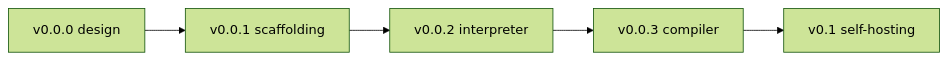
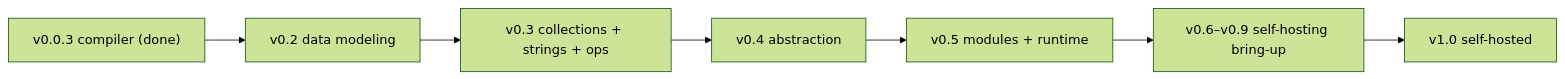
Before and after one commit to h3ll5ur7er/myla: the diagram in docs/roadmap.md, drawn with Mermaid (forest theme). The commit also changed other lines of this file and 6 other files, not shown here.

Commit message:
planning self-hosting

````diff
--- a/docs/roadmap.md
+++ b/docs/roadmap.md
@@ -77,7 +85,9 @@
 ```mermaid
 flowchart LR
-    d000["v0.0.0 design"] --> d001["v0.0.1 scaffolding"]
-    d001 --> d002["v0.0.2 interpreter"]
-    d002 --> d003["v0.0.3 compiler"]
-    d003 --> v01["v0.1 self-hosting"]
+    d003["v0.0.3 compiler (done)"] --> v02["v0.2 data modeling"]
+    v02 --> v03["v0.3 collections + strings + ops"]
+    v03 --> v04["v0.4 abstraction"]
+    v04 --> v05["v0.5 modules + runtime"]
+    v05 --> bringup["v0.6–v0.9 self-hosting bring-up"]
+    bringup --> v10["v1.0 self-hosted"]
 ```
````
